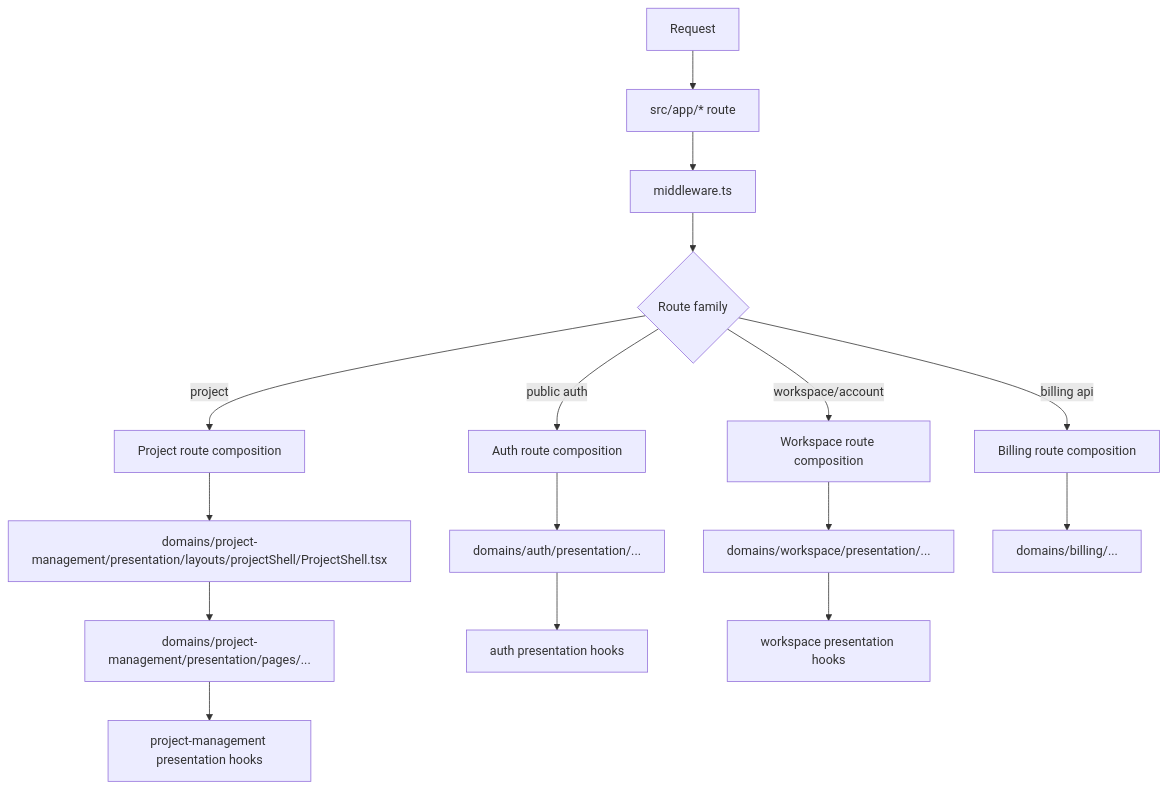
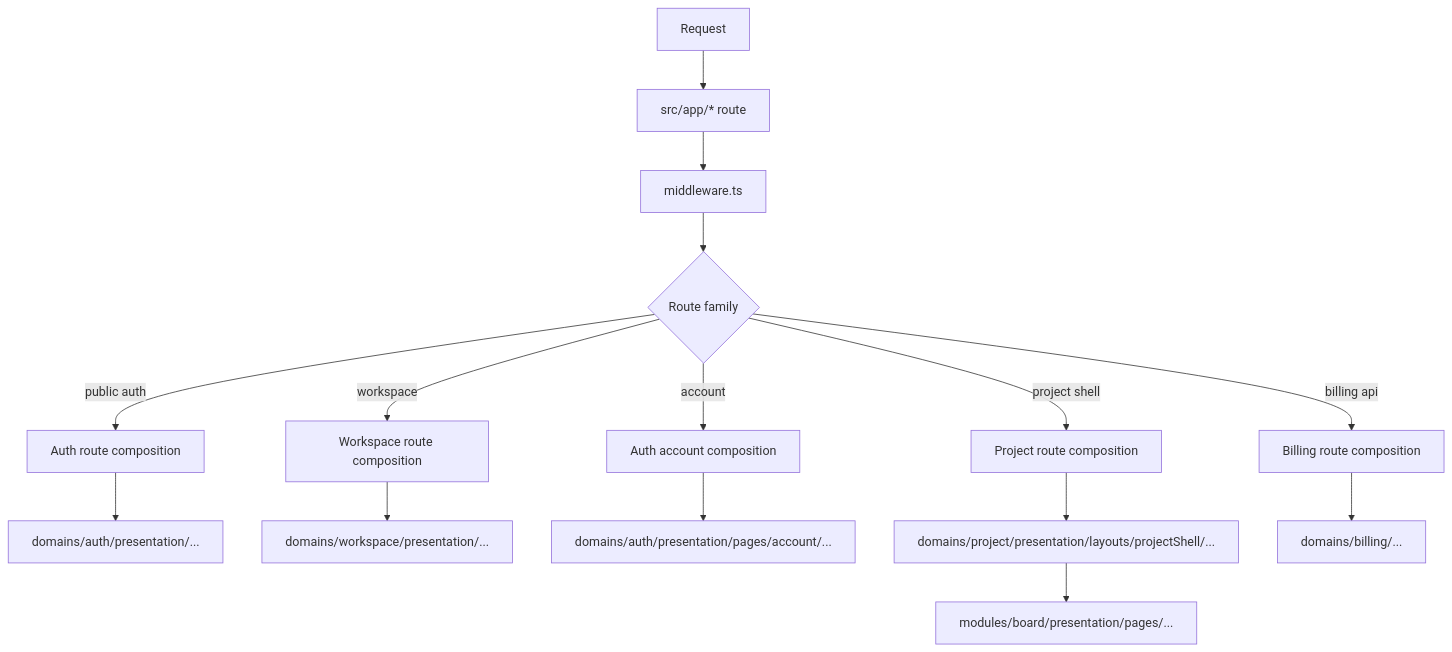
One commit to mc6ril/workbench changed the third of 5 diagrams in .cursor/docs/flowchart.md. Above: the diagram before and after it, drawn with Mermaid. The commit also changed other lines of this file and 34 other files, not shown here.

````diff
--- a/.cursor/docs/flowchart.md
+++ b/.cursor/docs/flowchart.md
@@ -64,21 +62,19 @@
 ```mermaid
 flowchart TD
    REQ[Request] --> APP[src/app/* route]
    APP --> MIDDLEWARE[middleware.ts]
    MIDDLEWARE --> ROUTE{Route family}
 
    ROUTE -->|public auth| AUTH_ROUTE[Auth route composition]
-   ROUTE -->|workspace/account| WS_ROUTE[Workspace route composition]
-   ROUTE -->|project| PROJECT_ROUTE[Project route composition]
+   ROUTE -->|workspace| WS_ROUTE[Workspace route composition]
+   ROUTE -->|account| ACCOUNT_ROUTE[Auth account composition]
+   ROUTE -->|project shell| PROJECT_ROUTE[Project route composition]
    ROUTE -->|billing api| BILLING_ROUTE[Billing route composition]
 
    AUTH_ROUTE --> AUTH_PAGE[domains/auth/presentation/...]
    WS_ROUTE --> WS_PAGE[domains/workspace/presentation/...]
-   PROJECT_ROUTE --> PM_LAYOUT[domains/project-management/presentation/layouts/projectShell/ProjectShell.tsx]
+   ACCOUNT_ROUTE --> ACCOUNT_PAGE[domains/auth/presentation/pages/account/...]
+   PROJECT_ROUTE --> PROJECT_SHELL[domains/project/presentation/layouts/projectShell/...]
+   PROJECT_SHELL --> BOARD_PAGE[modules/board/presentation/pages/...]
    BILLING_ROUTE --> BILLING_FLOW[domains/billing/...]
-
-   PM_LAYOUT --> PM_PAGES[domains/project-management/presentation/pages/...]
-   PM_PAGES --> PM_HOOKS[project-management presentation hooks]
-   AUTH_PAGE --> AUTH_HOOKS[auth presentation hooks]
-   WS_PAGE --> WS_HOOKS[workspace presentation hooks]
 ```
````
